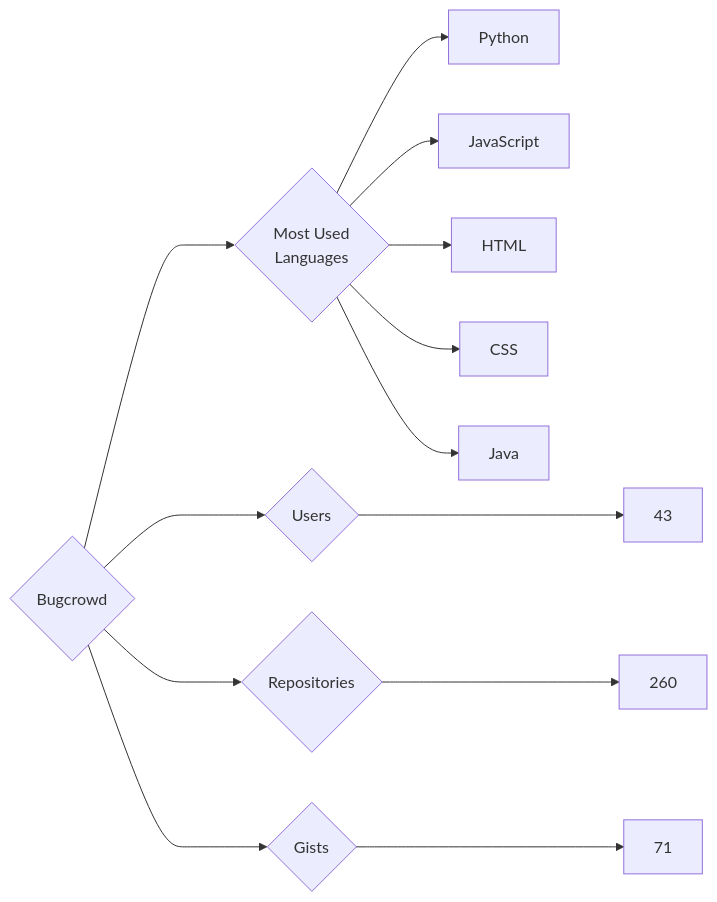
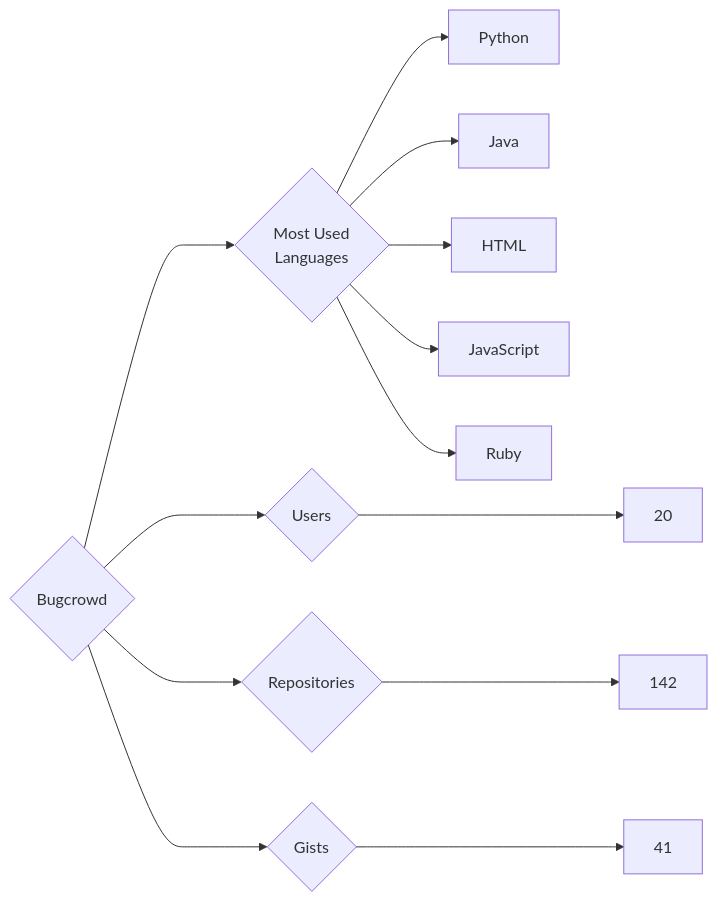
One commit to trickest/insiders changed the diagram in targets/Bugcrowd/README.md. Above: the diagram before and after it, drawn with Mermaid. The commit also changed 951 other files, not shown here.

````diff
--- a/targets/Bugcrowd/README.md
+++ b/targets/Bugcrowd/README.md
@@ -3,13 +3,13 @@
 ```mermaid
 graph LR
 COMPANY_NAME{Bugcrowd}
-COMPANY_NAME ---> U{Users} ---> UN[43]
-COMPANY_NAME ---> R{Repositories} ---> RN[260]
-COMPANY_NAME ---> G{Gists} ---> GN[71]
+COMPANY_NAME ---> U{Users} ---> UN[20]
+COMPANY_NAME ---> R{Repositories} ---> RN[142]
+COMPANY_NAME ---> G{Gists} ---> GN[41]
 COMPANY_NAME ---> ML{Most Used<br>Languages}
-ML --> Python
-ML --> JavaScript
-ML --> HTML
-ML --> CSS
-ML --> Java
+ML --> Python[Python]
+ML --> Java[Java]
+ML --> HTML[HTML]
+ML --> JavaScript[JavaScript]
+ML --> Ruby[Ruby]
 ```
````
